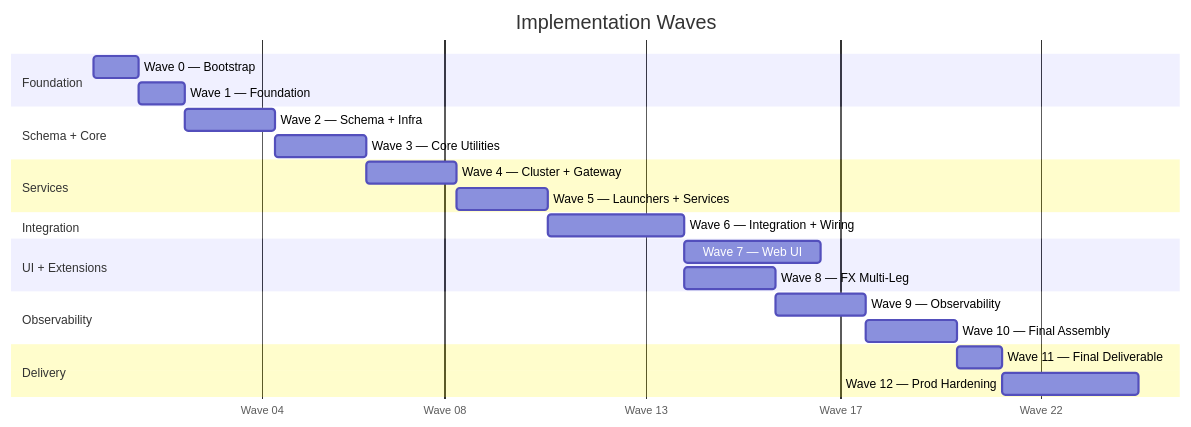
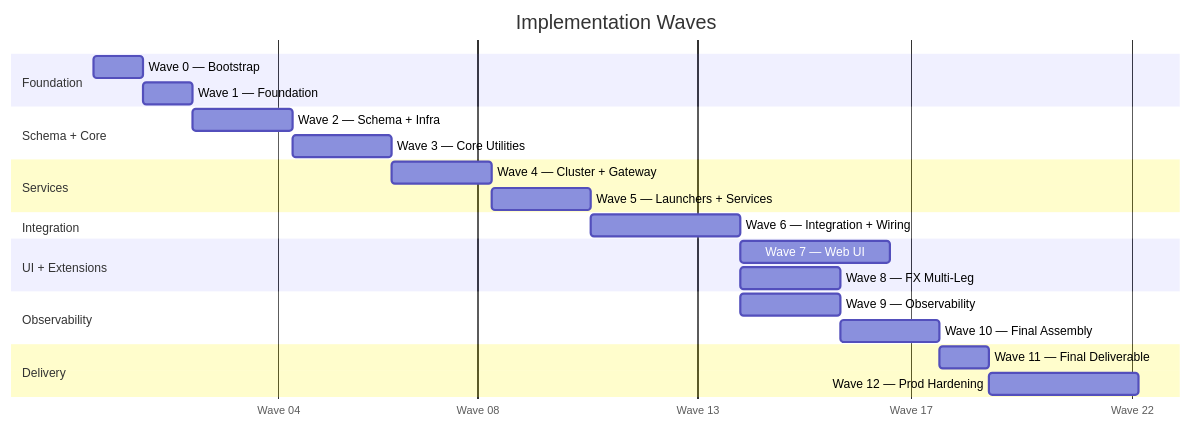
The first of 2 diagrams in docs/wave-plan.md (jsohi/app-trading-engine), drawn with Mermaid before and after one commit. The commit also changed other lines of this file, not shown here.

First line of the commit message:
APP-57: Address PR review — parallelize Wave 9, fix hyphenation

````diff
--- a/docs/wave-plan.md
+++ b/docs/wave-plan.md
@@ -7,33 +7,33 @@
 ```mermaid
 gantt
     title Implementation Waves
     dateFormat YYYY-MM-DD
     axisFormat Wave %W
 
     section Foundation
     Wave 0 — Bootstrap           :w0, 2026-01-06, 7d
     Wave 1 — Foundation          :w1, after w0, 7d
 
     section Schema + Core
     Wave 2 — Schema + Infra      :w2, after w1, 14d
     Wave 3 — Core Utilities      :w3, after w2, 14d
 
     section Services
     Wave 4 — Cluster + Gateway   :w4, after w3, 14d
     Wave 5 — Launchers + Services:w5, after w4, 14d
 
     section Integration
     Wave 6 — Integration + Wiring:w6, after w5, 21d
 
     section UI + Extensions
     Wave 7 — Web UI              :w7, after w6, 21d
     Wave 8 — FX Multi-Leg        :w8, after w6, 14d
 
     section Observability
-    Wave 9 — Observability       :w9, after w8, 14d
-    Wave 10 — Final Assembly     :w10, after w9, 14d
+    Wave 9 — Observability       :w9, after w6, 14d
+    Wave 10 — Final Assembly     :w10, after w8 w9, 14d
 
     section Delivery
     Wave 11 — Final Deliverable  :w11, after w10, 7d
     Wave 12 — Prod Hardening     :w12, after w11, 21d
 ```
````
